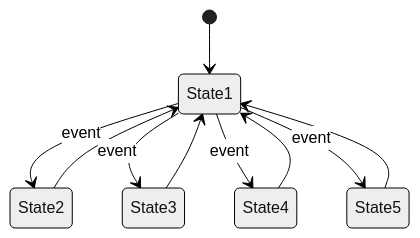
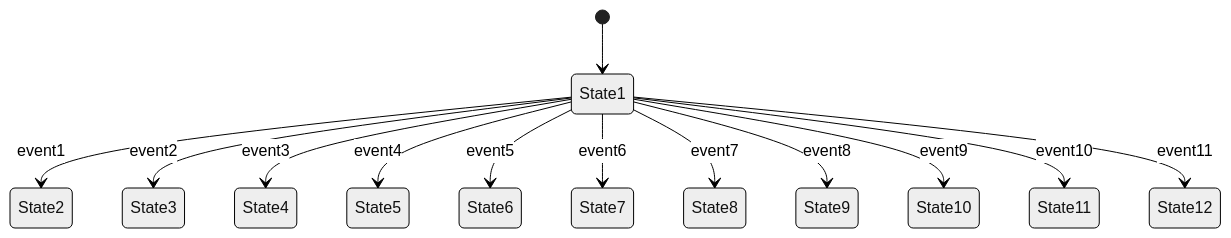
The diagram in benchmarks/cases/state/violations/high-complexity.mmd (CyanAutomation/merm8), drawn with Mermaid (neutral theme) before and after one commit. The commit also changed 19 other files, not shown here.

Commit message:
feat: enhance ER and state diagram rules; add new validations for circular relationships, self-referential links, and transition limits; implement unreachable state detection; update benchmarks and tests accordingly

```diff
--- a/benchmarks/cases/state/violations/high-complexity.mmd
+++ b/benchmarks/cases/state/violations/high-complexity.mmd
@@ -1,13 +1,16 @@
 stateDiagram-v2
     [*] --> State1
-    State1 --> State2: event
-    State2 --> State1
-    State1 --> State3: event
-    State3 --> State1
-    State1 --> State4: event
-    State4 --> State1
-    State1 --> State5: event
-    State5 --> State1
+    State1 --> State2: event1
+    State1 --> State3: event2
+    State1 --> State4: event3
+    State1 --> State5: event4
+    State1 --> State6: event5
+    State1 --> State7: event6
+    State1 --> State8: event7
+    State1 --> State9: event8
+    State1 --> State10: event9
+    State1 --> State11: event10
+    State1 --> State12: event11
     
-    %% @rule: *
-    %% Complex state machine with many transitions
+    %% @rule: max-transitions
+    %% State1 has 11 outgoing transitions (exceeds default limit of 10)
```
